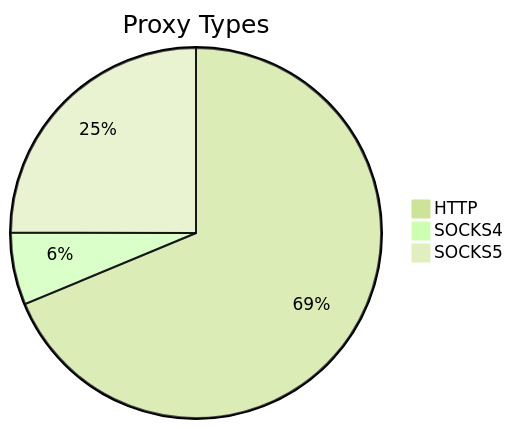
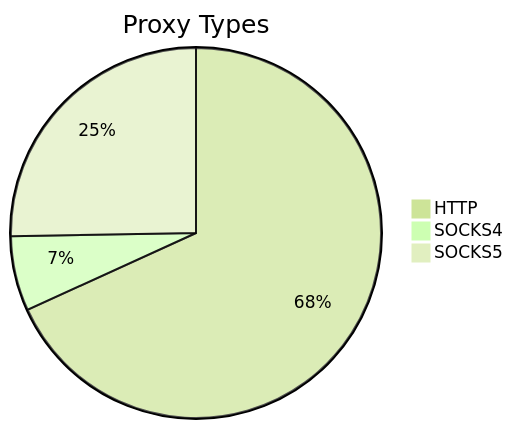
One commit to stormsia/proxy-list changed the first of 2 diagrams in README.md. Above: the diagram before and after it, drawn with Mermaid (forest theme). The commit also changed other lines of this file, not shown here.

````diff
--- a/README.md
+++ b/README.md
@@ -21,6 +21,6 @@
 ```mermaid
 pie title Proxy Types
-    "HTTP" : 633
-    "SOCKS4" : 58
-    "SOCKS5" : 230
+    "HTTP" : 626
+    "SOCKS4" : 60
+    "SOCKS5" : 232
 ```
````
